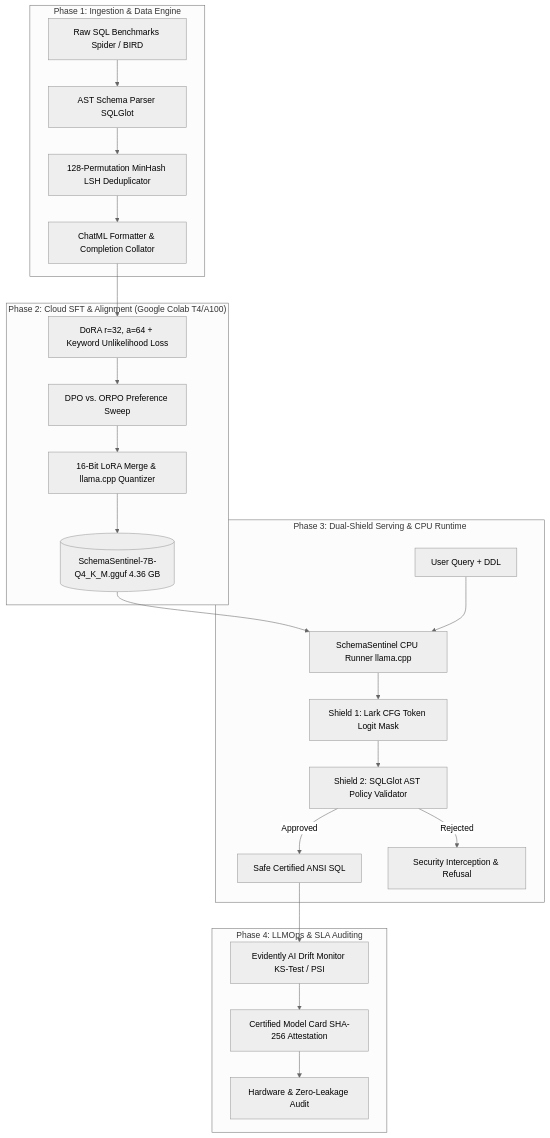
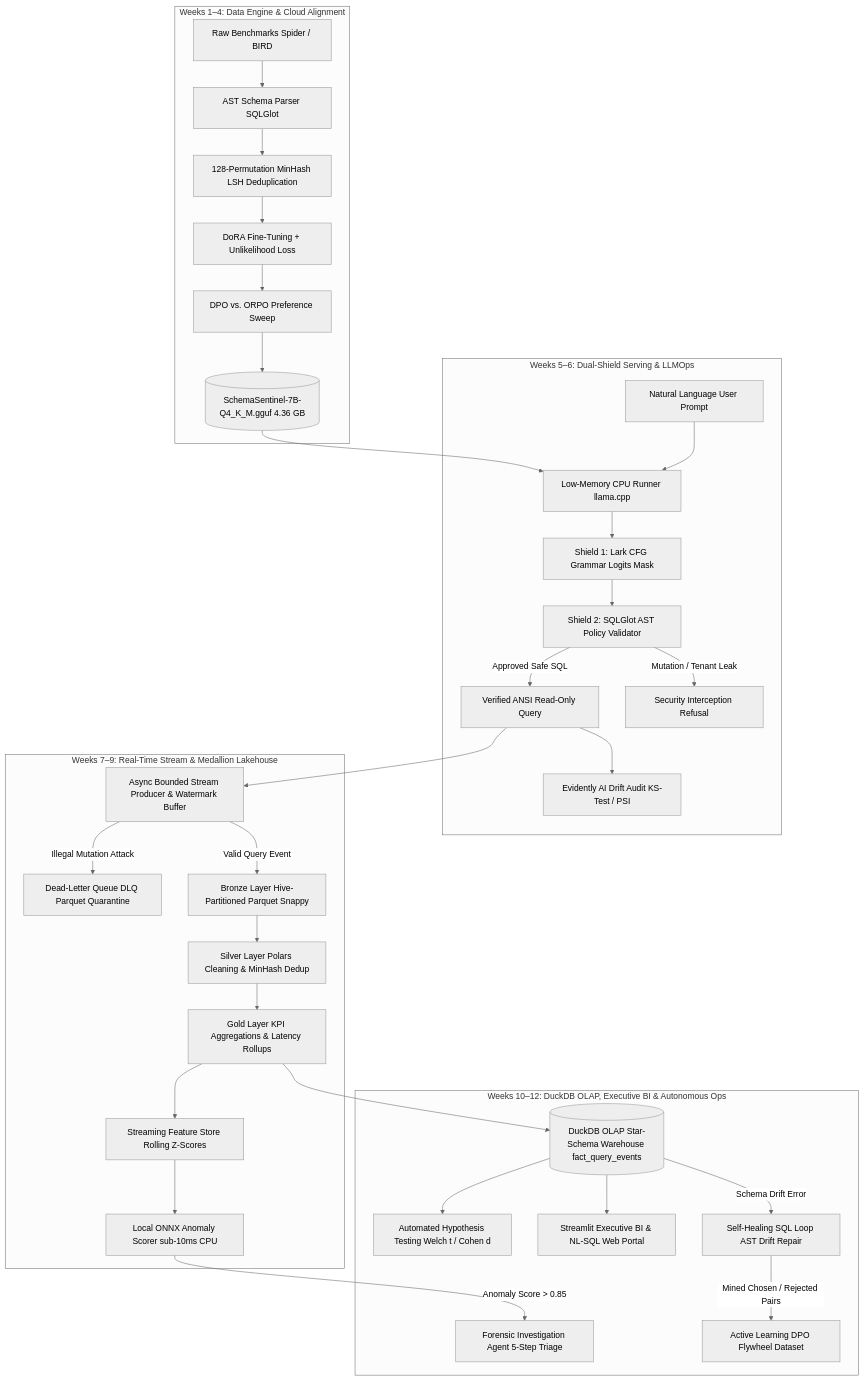
Before and after one commit to laxmi2577/SchemaSentinel: the second of 3 diagrams in README.md, drawn with Mermaid (neutral theme). The commit also changed other lines of this file and 48 other files, not shown here.

Commit message:
feat: complete SchemaSentinel

````diff
--- a/README.md
+++ b/README.md
@@ -95,30 +114,39 @@
 ```mermaid
 flowchart TD
-    subgraph DataEngine["Phase 1: Ingestion & Data Engine"]
-        A[Raw SQL Benchmarks Spider / BIRD] --> B[AST Schema Parser SQLGlot]
-        B --> C[128-Permutation MinHash LSH Deduplicator]
-        C --> D[ChatML Formatter & Completion Collator]
+    subgraph DataEngine["Weeks 1–4: Data Engine & Cloud Alignment"]
+        A[Raw Benchmarks Spider / BIRD] --> B[AST Schema Parser SQLGlot]
+        B --> C[128-Permutation MinHash LSH Deduplication]
+        C --> D[DoRA Fine-Tuning + Unlikelihood Loss]
+        D --> E[DPO vs. ORPO Preference Sweep]
+        E --> F[(SchemaSentinel-7B-Q4_K_M.gguf 4.36 GB)]
     end
 
-    subgraph TrainingEngine["Phase 2: Cloud SFT & Alignment (Google Colab T4/A100)"]
-        D --> E[DoRA r=32, a=64 + Keyword Unlikelihood Loss]
-        E --> F[DPO vs. ORPO Preference Sweep]
-        F --> G[16-Bit LoRA Merge & llama.cpp Quantizer]
-        G --> H[(SchemaSentinel-7B-Q4_K_M.gguf 4.36 GB)]
+    subgraph ServingEngine["Weeks 5–6: Dual-Shield Serving & LLMOps"]
+        F --> G[Low-Memory CPU Runner llama.cpp]
+        H[Natural Language User Prompt] --> G
+        G --> I[Shield 1: Lark CFG Grammar Logits Mask]
+        I --> J[Shield 2: SQLGlot AST Policy Validator]
+        J -->|Approved Safe SQL| K[Verified ANSI Read-Only Query]
+        J -->|Mutation / Tenant Leak| L[Security Interception Refusal]
+        K --> M[Evidently AI Drift Audit KS-Test / PSI]
     end
 
-    subgraph ServingEngine["Phase 3: Dual-Shield Serving & CPU Runtime"]
-        H --> I[SchemaSentinel CPU Runner llama.cpp]
-        J[User Query + DDL] --> I
-        I --> K[Shield 1: Lark CFG Token Logit Mask]
-        K --> L[Shield 2: SQLGlot AST Policy Validator]
-        L -->|Approved| M[Safe Certified ANSI SQL]
-        L -->|Rejected| N[Security Interception & Refusal]
+    subgraph LakehouseEngine["Weeks 7–9: Real-Time Stream & Medallion Lakehouse"]
+        K --> N[Async Bounded Stream Producer & Watermark Buffer]
+        N -->|Illegal Mutation Attack| O[Dead-Letter Queue DLQ Parquet Quarantine]
+        N -->|Valid Query Event| P[Bronze Layer Hive-Partitioned Parquet Snappy]
+        P --> Q[Silver Layer Polars Cleaning & MinHash Dedup]
+        Q --> R[Gold Layer KPI Aggregations & Latency Rollups]
+        R --> S[Streaming Feature Store Rolling Z-Scores]
+        S --> T[Local ONNX Anomaly Scorer sub-10ms CPU]
     end
 
-    subgraph Governance["Phase 4: LLMOps & SLA Auditing"]
-        M --> O[Evidently AI Drift Monitor KS-Test / PSI]
-        O --> P[Certified Model Card SHA-256 Attestation]
-        P --> Q[Hardware & Zero-Leakage Audit]
+    subgraph AnalyticsAgentic["Weeks 10–12: DuckDB OLAP, Executive BI & Autonomous Ops"]
+        R --> U[(DuckDB OLAP Star-Schema Warehouse fact_query_events)]
+        U --> V[Automated Hypothesis Testing Welch t / Cohen d]
+        U --> W[Streamlit Executive BI & NL-SQL Web Portal]
+        T -->|Anomaly Score > 0.85| X[Forensic Investigation Agent 5-Step Triage]
+        U -->|Schema Drift Error| Y[Self-Healing SQL Loop AST Drift Repair]
+        Y -->|Mined Chosen / Rejected Pairs| Z[Active Learning DPO Flywheel Dataset]
     end
 ```
````
